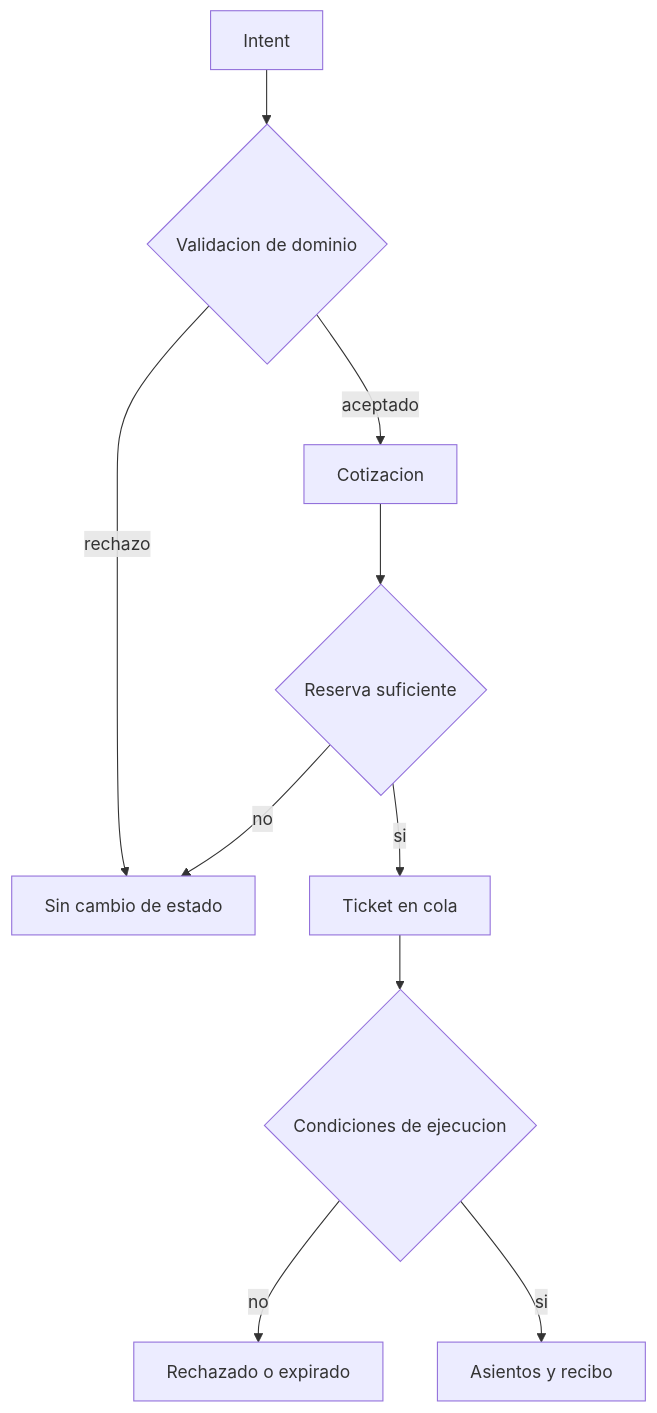
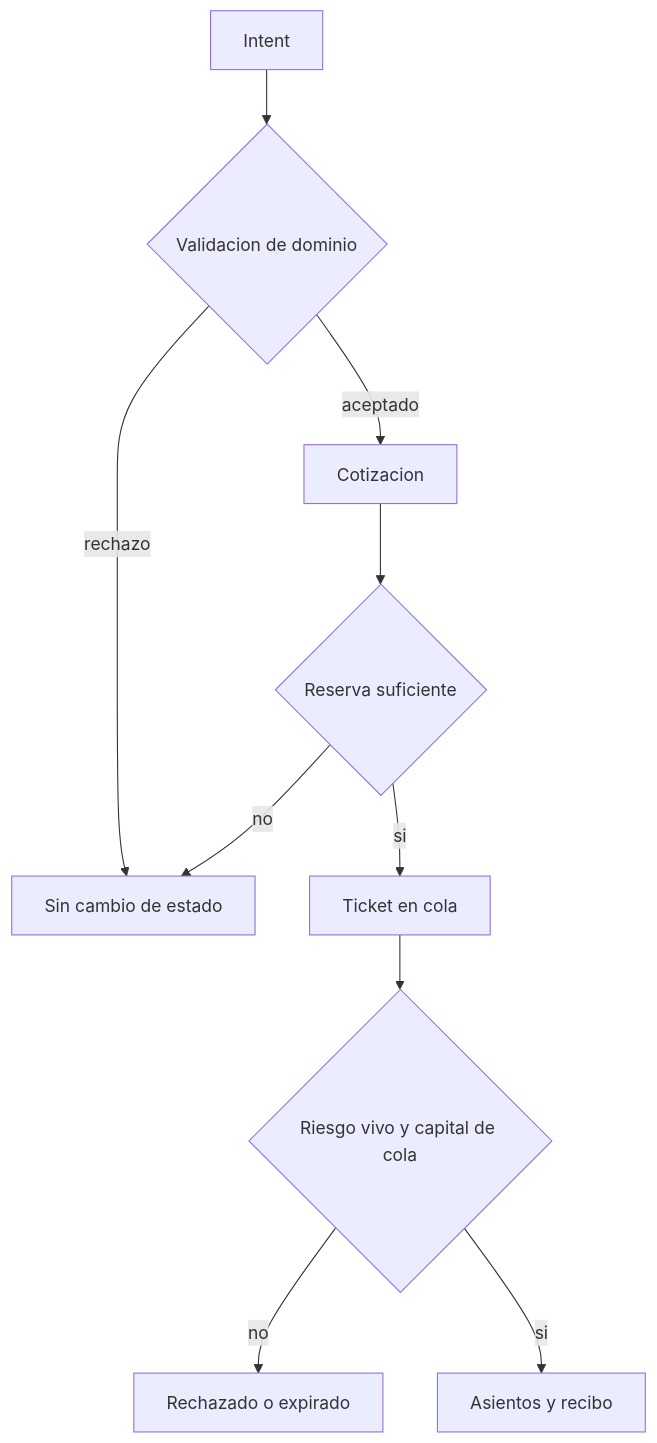
One commit to SolguardLabs/CompassDTL changed the second of 4 diagrams in SECURITY.md. Above: the diagram before and after it, drawn with Mermaid. The commit also changed other lines of this file and 17 other files, not shown here.

````diff
--- a/SECURITY.md
+++ b/SECURITY.md
@@ -44,12 +48,12 @@
 ```mermaid
 flowchart TD
     I["Intent"] --> V{"Validacion de dominio"}
     V -->|"rechazo"| X["Sin cambio de estado"]
     V -->|"aceptado"| Q["Cotizacion"]
     Q --> R{"Reserva suficiente"}
     R -->|"no"| X
     R -->|"si"| T["Ticket en cola"]
-    T --> E{"Condiciones de ejecucion"}
+    T --> E{"Riesgo vivo y capital de cola"}
     E -->|"no"| Z["Rechazado o expirado"]
     E -->|"si"| P["Asientos y recibo"]
 ```
````
